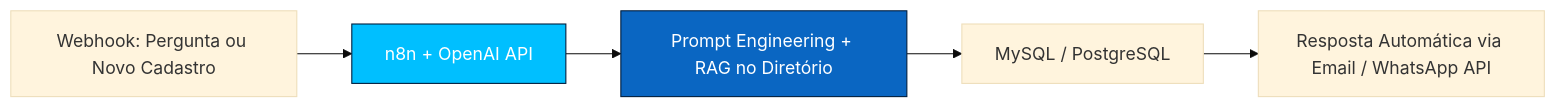
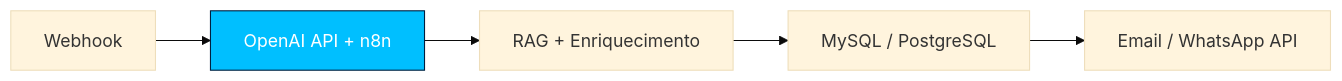
One commit to Pedro274-ctrl/Pedro274-ctrl changed the diagram in README.md. Above: the diagram before and after it, drawn with Mermaid (base theme). The commit also changed other lines of this file, not shown here.

````diff
--- a/README.md
+++ b/README.md
@@ -22,9 +29,8 @@
 ```mermaid
 flowchart LR
-    A[Webhook: Pergunta ou Novo Cadastro] --> B[n8n + OpenAI API]
-    B --> C[Prompt Engineering + RAG no Diretório]
+    A[Webhook] --> B[OpenAI API + n8n]
+    B --> C[RAG + Enriquecimento]
     C --> D[MySQL / PostgreSQL]
-    D --> E[Resposta Automática via Email / WhatsApp API]
+    D --> E[Email / WhatsApp API]
     style B fill:#00BFFF,stroke:#001F3F,color:#fff
-    style C fill:#0A66C2,stroke:#001F3F,color:#fff
 ```
````
